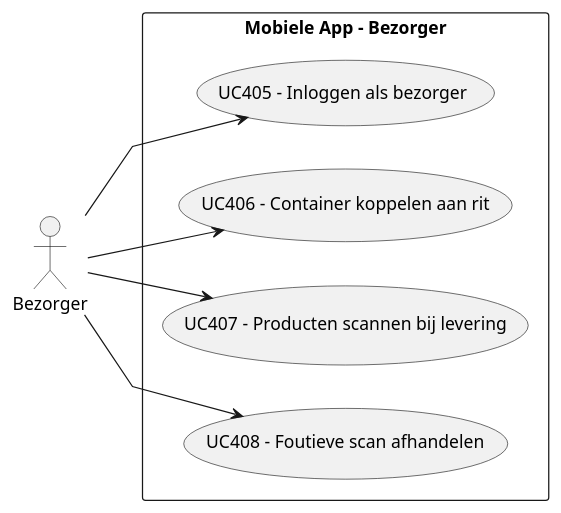
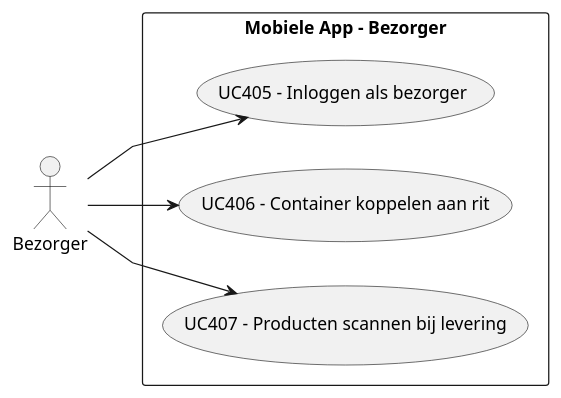
The diagram in Usecases/Usecase Bezorger.puml (BeauVeen/ID-2025-project), drawn with PlantUML before and after one commit.

Commit message:
modified:   Usecases/Usecase Bezorger.puml

```diff
--- a/Usecases/Usecase Bezorger.puml
+++ b/Usecases/Usecase Bezorger.puml
@@ -1,13 +1,12 @@
 @startuml
 left to right direction
 skinparam linetype polyline
 actor Bezorger
 
 rectangle "Mobiele App - Bezorger" {
   Bezorger --> (UC405 - Inloggen als bezorger)
   Bezorger --> (UC406 - Container koppelen aan rit)
   Bezorger --> (UC407 - Producten scannen bij levering)
-  Bezorger --> (UC408 - Foutieve scan afhandelen)
 }
 
 @enduml
```
